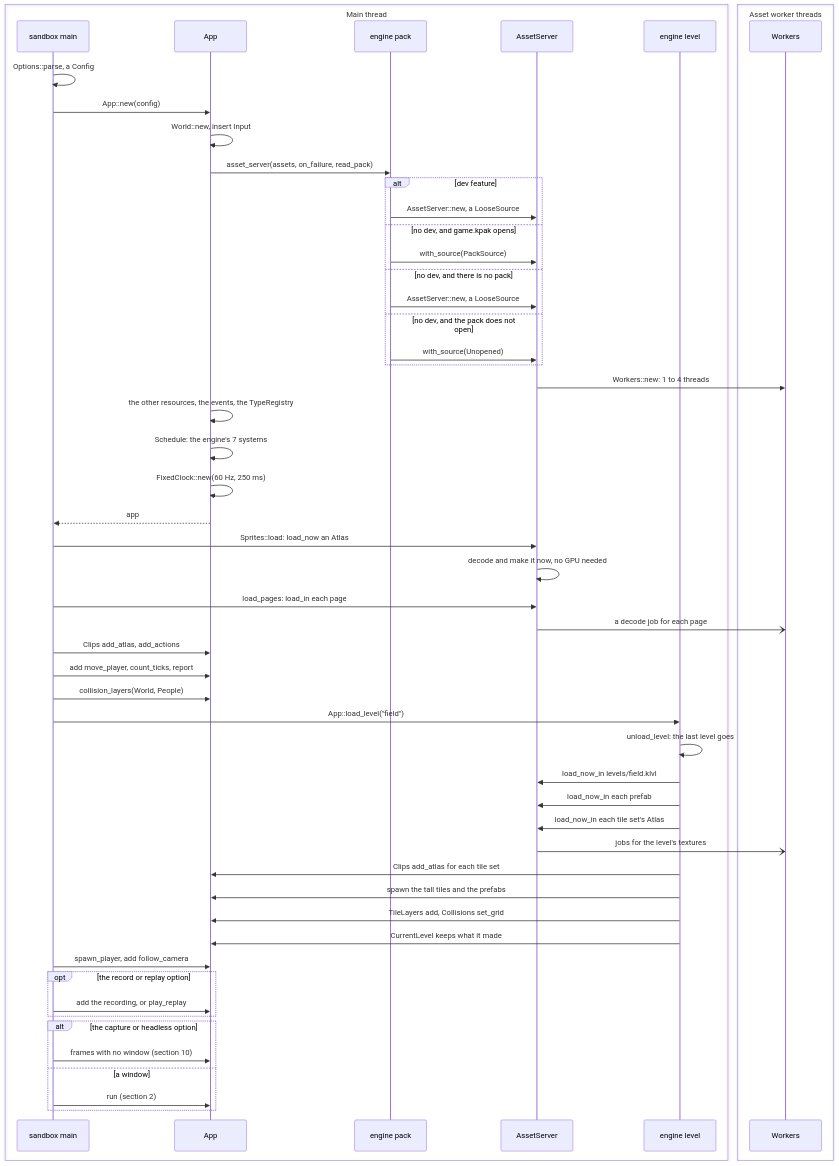
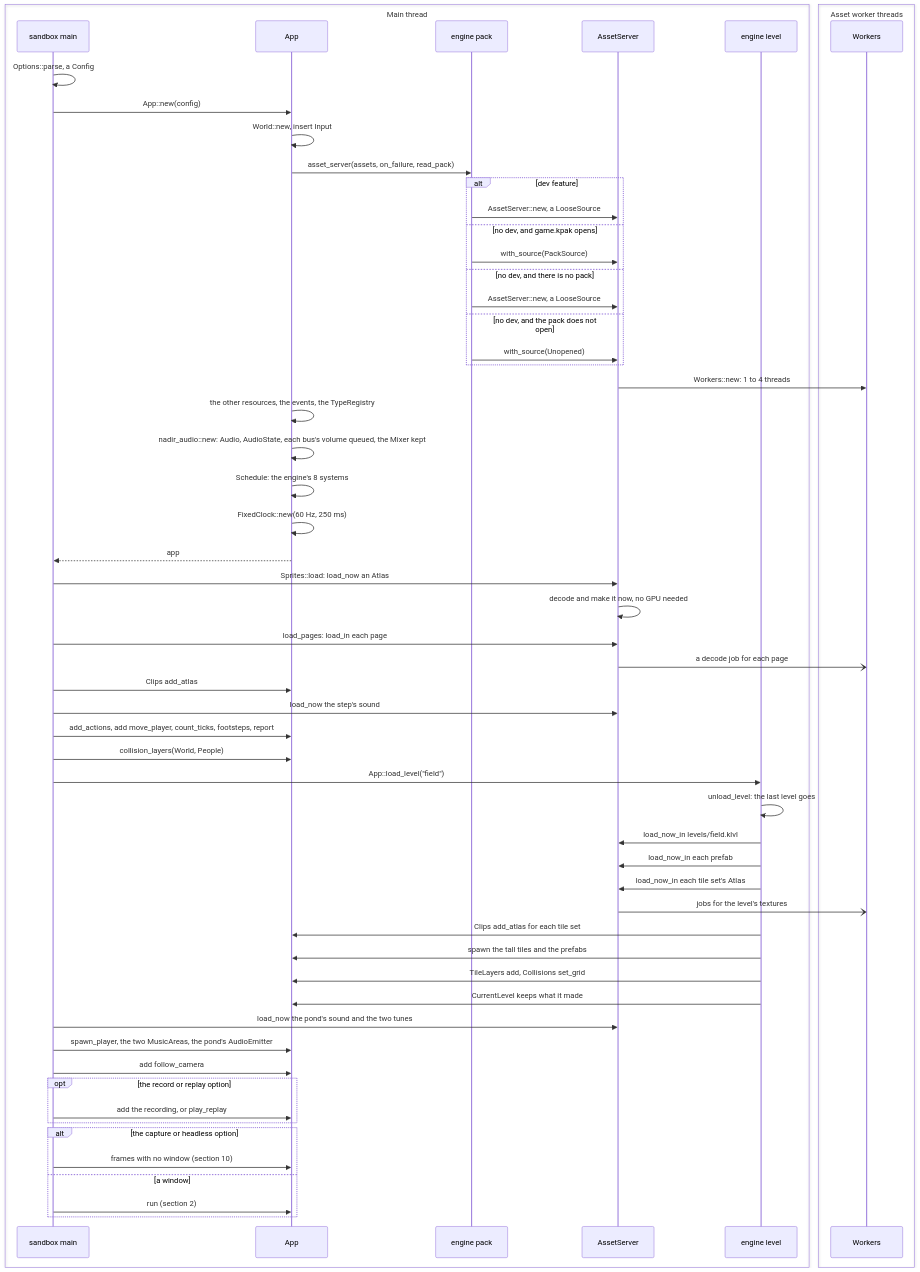
Before and after one commit to jabbott-iii/Nadir: the first of 12 diagrams in diagrams/game-loop-sequence.md, drawn with Mermaid. The commit also changed other lines of this file and 35 other files, not shown here.

````diff
--- a/diagrams/game-loop-sequence.md
+++ b/diagrams/game-loop-sequence.md
@@ -31,58 +33,62 @@
 ```mermaid
 sequenceDiagram
     box Main thread
         participant Main as sandbox main
         participant App as App
         participant Pack as engine pack
         participant Srv as AssetServer
         participant Lvl as engine level
     end
     box Asset worker threads
         participant Wk as Workers
     end
 
     Main->>Main: Options::parse, a Config
     Main->>App: App::new(config)
     App->>App: World::new, insert Input
     App->>Pack: asset_server(assets, on_failure, read_pack)
     alt dev feature
         Pack->>Srv: AssetServer::new, a LooseSource
     else no dev, and game.kpak opens
         Pack->>Srv: with_source(PackSource)
     else no dev, and there is no pack
         Pack->>Srv: AssetServer::new, a LooseSource
     else no dev, and the pack does not open
         Pack->>Srv: with_source(Unopened)
     end
     Srv->>Wk: Workers::new: 1 to 4 threads
     App->>App: the other resources, the events, the TypeRegistry
-    App->>App: Schedule: the engine's 7 systems
+    App->>App: nadir_audio::new: Audio, AudioState, each bus's volume queued, the Mixer kept
+    App->>App: Schedule: the engine's 8 systems
     App->>App: FixedClock::new(60 Hz, 250 ms)
     App-->>Main: app
     Main->>Srv: Sprites::load: load_now an Atlas
     Srv->>Srv: decode and make it now, no GPU needed
     Main->>Srv: load_pages: load_in each page
     Srv-)Wk: a decode job for each page
-    Main->>App: Clips add_atlas, add_actions
-    Main->>App: add move_player, count_ticks, report
+    Main->>App: Clips add_atlas
+    Main->>Srv: load_now the step's sound
+    Main->>App: add_actions, add move_player, count_ticks, footsteps, report
     Main->>App: collision_layers(World, People)
     Main->>Lvl: App::load_level("field")
     Lvl->>Lvl: unload_level: the last level goes
     Lvl->>Srv: load_now_in levels/field.klvl
     Lvl->>Srv: load_now_in each prefab
     Lvl->>Srv: load_now_in each tile set's Atlas
     Srv-)Wk: jobs for the level's textures
     Lvl->>App: Clips add_atlas for each tile set
     Lvl->>App: spawn the tall tiles and the prefabs
     Lvl->>App: TileLayers add, Collisions set_grid
     Lvl->>App: CurrentLevel keeps what it made
-    Main->>App: spawn_player, add follow_camera
+    Main->>Srv: load_now the pond's sound and the two tunes
+    Main->>App: spawn_player, the two MusicAreas, the pond's AudioEmitter
+    Main->>App: add follow_camera
     opt the record or replay option
         Main->>App: add the recording, or play_replay
     end
     alt the capture or headless option
         Main->>App: frames with no window (section 10)
     else a window
         Main->>App: run (section 2)
     end
 ```
````
